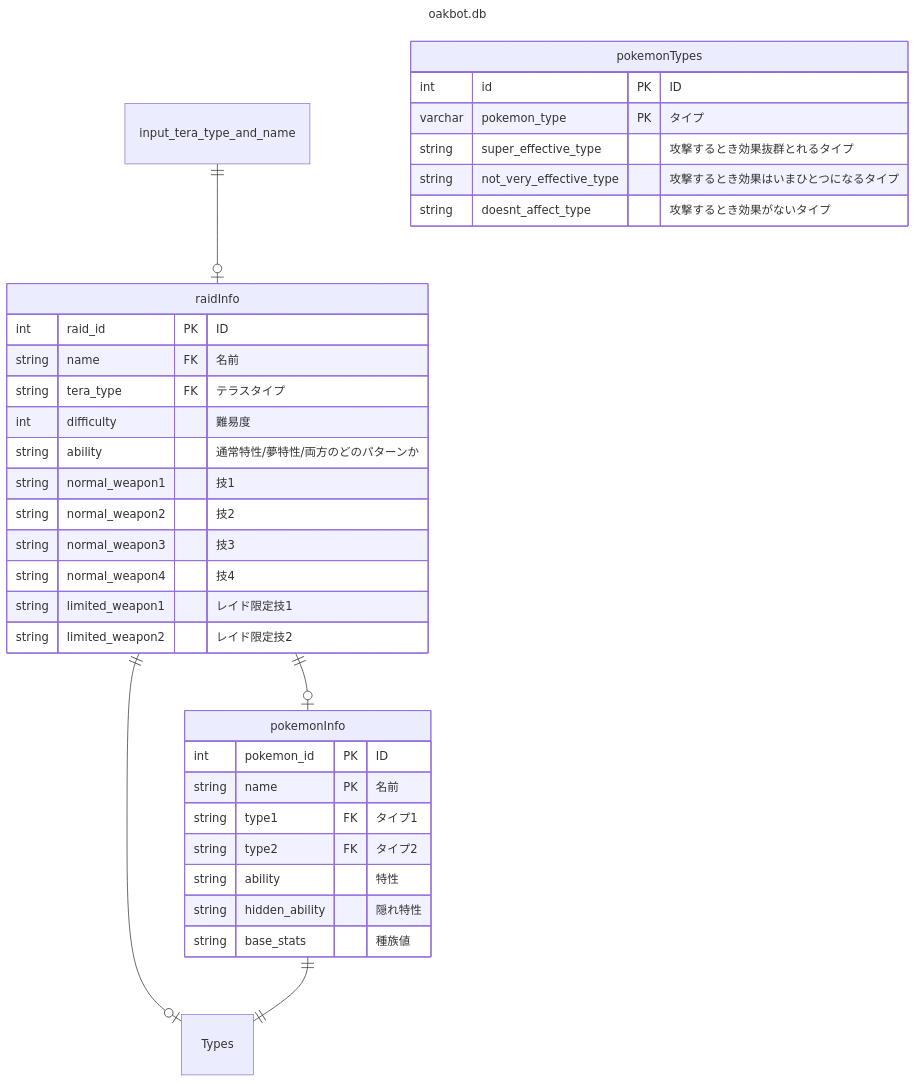
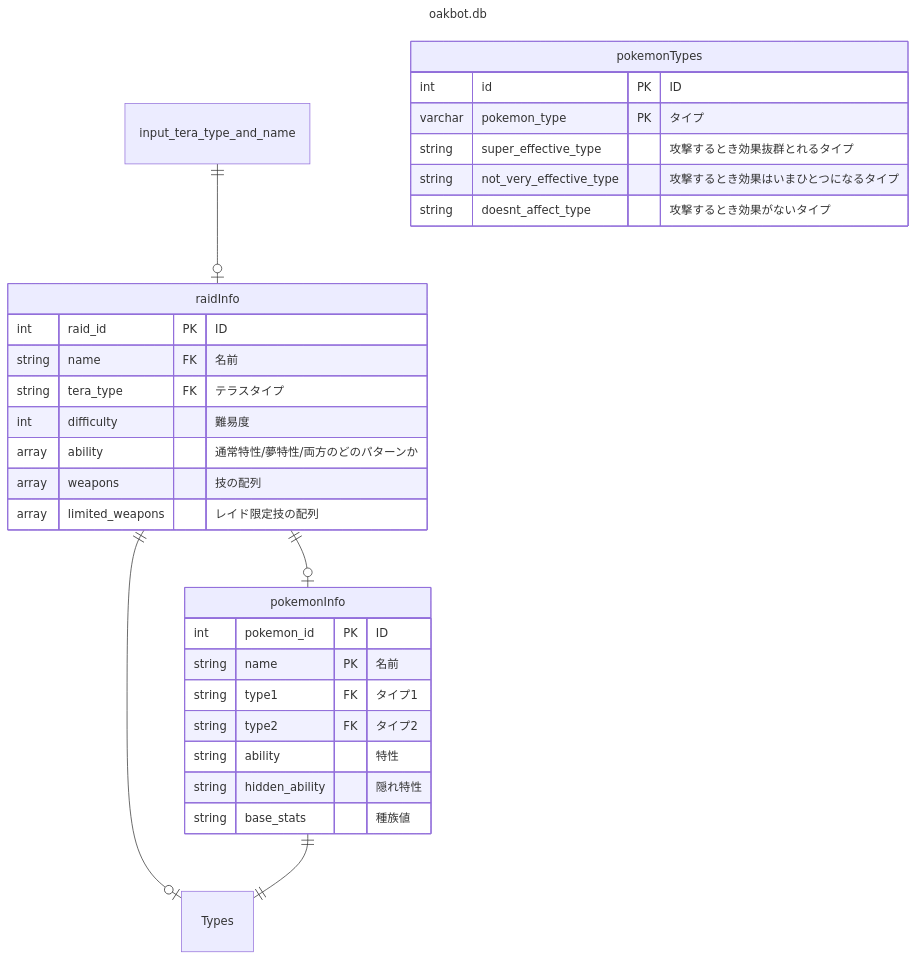
Before and after one commit to imvvad/Pokemon_discordbot: the diagram in mermaid_test.md, drawn with Mermaid.

Commit message:
最新版ではないものが上がってたので更新しました

````diff
--- a/mermaid_test.md
+++ b/mermaid_test.md
@@ -5,42 +5,38 @@
 ```mermaid
 ---
 title: "oakbot.db"
 ---
 erDiagram
     input_tera_type_and_name ||--o| raidInfo    : ""
     raidInfo                 ||--o| pokemonInfo : ""
     raidInfo                 ||--o| Types       : ""
     pokemonInfo              ||--|| Types       : ""
 
     raidInfo {
         int    raid_id                  PK    "ID"
         string name                     FK    "名前"
         string tera_type                FK    "テラスタイプ"
         int    difficulty                     "難易度"
-        string ability                        "通常特性/夢特性/両方のどのパターンか"
-        string normal_weapon1                 "技1"
-        string normal_weapon2                 "技2"
-        string normal_weapon3                 "技3"
-        string normal_weapon4                 "技4"
-        string limited_weapon1                "レイド限定技1"
-        string limited_weapon2                "レイド限定技2"
+        array  ability                        "通常特性/夢特性/両方のどのパターンか"
+        array  weapons                        "技の配列"
+        array  limited_weapons                "レイド限定技の配列"
     }
 
     pokemonInfo {
         int    pokemon_id               PK    "ID"
         string name                     PK    "名前"
         string type1                    FK    "タイプ1"
         string type2                    FK    "タイプ2"
         string ability                        "特性"
         string hidden_ability                 "隠れ特性"
         string base_stats                     "種族値"
     }
 
     pokemonTypes {
         int     id                      PK    "ID"
         varchar pokemon_type            PK    "タイプ"
         string  super_effective_type           "攻撃するとき効果抜群とれるタイプ"
         string  not_very_effective_type        "攻撃するとき効果はいまひとつになるタイプ"
         string  doesnt_affect_type             "攻撃するとき効果がないタイプ"
     }
 ```
````
